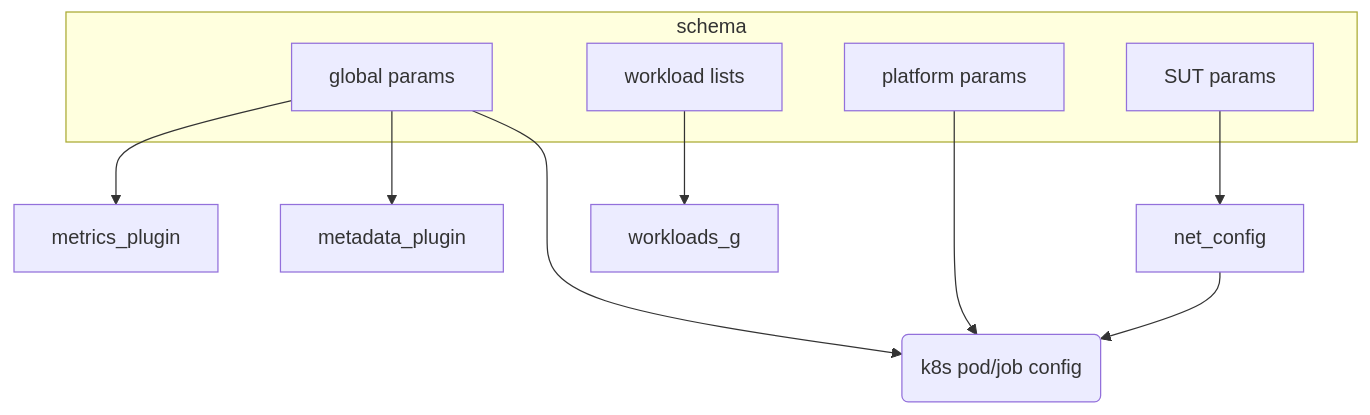
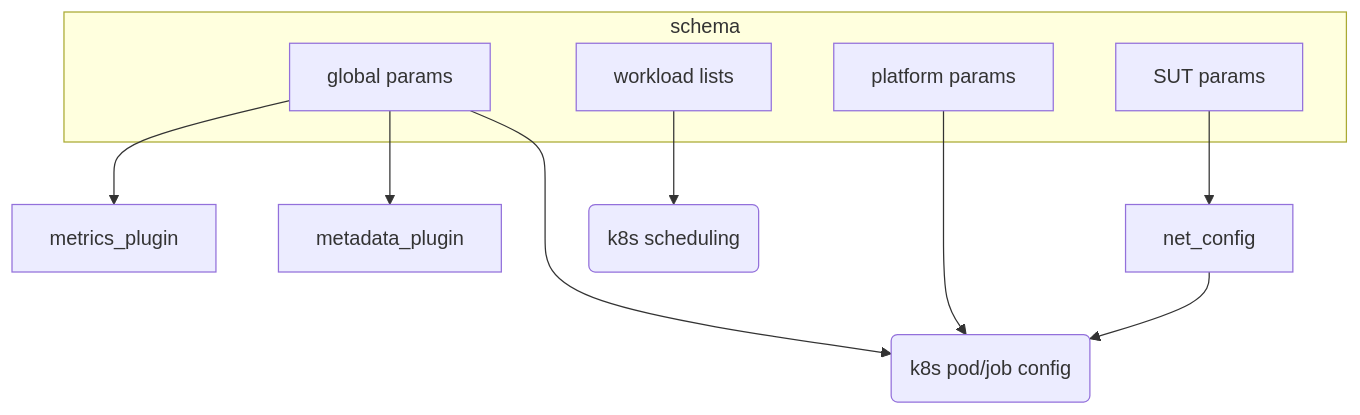
Before and after one commit to mkarg75/arcaflow-workflows: the sixth of 6 diagrams in router-performance/README.md, drawn with Mermaid. The commit also changed other lines of this file, not shown here.

Commit message:
graph expand #3

````diff
--- a/router-performance/README.md
+++ b/router-performance/README.md
@@ -156,21 +156,21 @@
 ```mermaid
 graph TD
 	subgraph schema
 	global_params[global params]
 	platform_params[platform params]
 	sut_params[SUT params]
 	platform_params[platform params]
 	workloads_list[workload lists]
 	end
 
 	global_params --> metrics_plugin
 	global_params --> metadata_plugin
 	global_params --> pod_config
 
 	platform_params --> pod_config(k8s pod/job config)
 	
 	sut_params --> net_config
 	net_config --> pod_config
 
-	workloads_list --> workloads_g
+	workloads_list --> scheduling(k8s scheduling)
 ```
````
